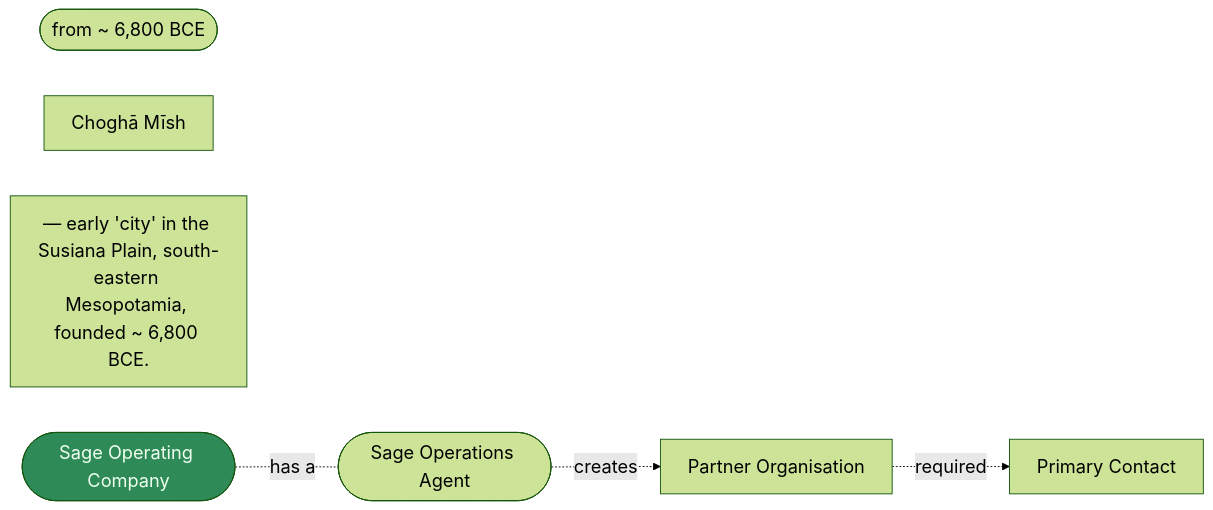
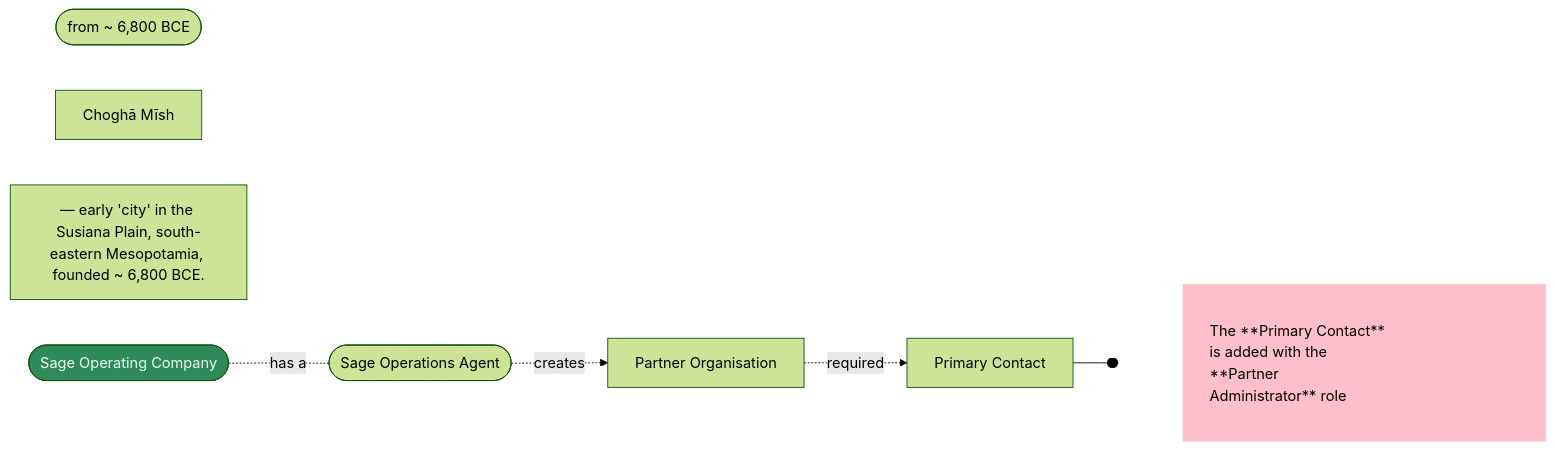
One commit to joe-dorward/samples changed the diagram in 2025_Sage/01_Scenario - Partner organisation.mdx. Above: the diagram before and after it, drawn with Mermaid.

Commit message:
Update 01_Scenario - Partner organisation.mdx

````diff
--- a/2025_Sage/01_Scenario - Partner organisation.mdx
+++ b/2025_Sage/01_Scenario - Partner organisation.mdx
@@ -2,28 +2,31 @@
 ```mermaid
 %%{
   init: {
     'theme': 'forest',
     'themeVariables': {
-      'fontSize':'15pt'
+      'fontSize':'12pt'
     }
   }
 }%%
 flowchart LR
  classDef Sage fill:seagreen, color:honeydew;
-
+ classDef Note fill:pink, stroke:white, text-align:left, font-size:12pt, width:400px, margin:0px, padding:10px;
 
 
   6800([from ~ 6,800 BCE])
     CHOGHA_MISH[Choghā Mīsh]
     CHOGHA_MISH_NOTE[#151; early 'city' in the Susiana Plain, south-eastern Mesopotamia, founded ~ 6,800 BCE.]
     click CHOGHA_MISH "https://en.wikipedia.org/wiki/Chogha_Mish" _blank
 
 
   SAGE_OPERATING_COMPANY_01([Sage Operating Company])-.has a.-
   SAGE_OPERATIONS_AGENT_01([Sage Operations Agent])-.creates.->
   PARTNER_ORGANISATION_01[Partner Organisation]-.required.->
-  PRIMARY_CONTACT_01[Primary Contact]
+  PRIMARY_CONTACT_01[Primary Contact]--o
+  PRIMARY_CONTACT_01_NOTE[The **Primary Contact** is added with the **Partner Administrator** role]
+
 
 
   class SAGE_OPERATING_COMPANY_01 Sage
+  class PRIMARY_CONTACT_01_NOTE Note
 ```
````
